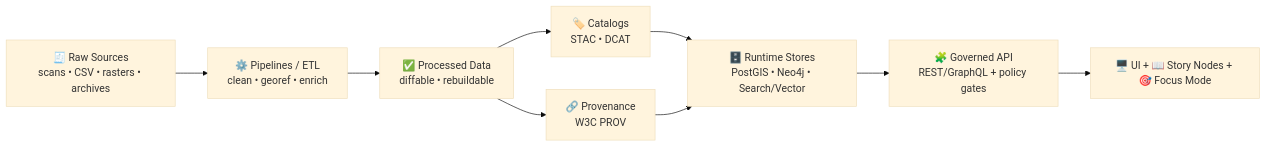
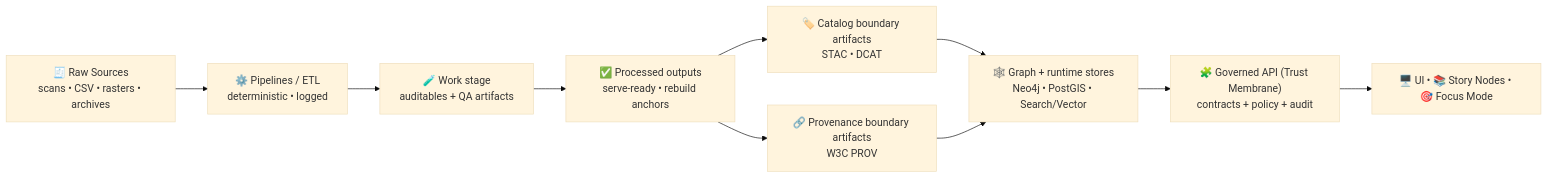
Before and after one commit to bartytime4life/Kansas-Frontier-Matrix: the diagram in docs/README.md, drawn with Mermaid (base theme). The commit also changed other lines of this file, not shown here.

````diff
--- a/docs/README.md
+++ b/docs/README.md
@@ -84,11 +98,12 @@
 ```mermaid
 flowchart LR
-  A["🧾 Raw Sources<br/>scans • CSV • rasters • archives"] --> B["⚙️ Pipelines / ETL<br/>clean • georef • enrich"]
-  B --> C["✅ Processed Data<br/>diffable • rebuildable"]
-  C --> D["🏷️ Catalogs<br/>STAC • DCAT"]
-  C --> E["🔗 Provenance<br/>W3C PROV"]
-  D --> F["🗄️ Runtime Stores<br/>PostGIS • Neo4j • Search/Vector"]
-  E --> F
-  F --> G["🧩 Governed API<br/>REST/GraphQL + policy gates"]
-  G --> H["🖥️ UI + 📖 Story Nodes + 🎯 Focus Mode"]
+  A["🧾 Raw Sources<br/>scans • CSV • rasters • archives"] --> B["⚙️ Pipelines / ETL<br/>deterministic • logged"]
+  B --> W["🧪 Work stage<br/>auditables + QA artifacts"]
+  W --> C["✅ Processed outputs<br/>serve-ready • rebuild anchors"]
+  C --> D["🏷️ Catalog boundary artifacts<br/>STAC • DCAT"]
+  C --> E["🔗 Provenance boundary artifacts<br/>W3C PROV"]
+  D --> G["🕸️ Graph + runtime stores<br/>Neo4j • PostGIS • Search/Vector"]
+  E --> G
+  G --> H["🧩 Governed API (Trust Membrane)<br/>contracts + policy + audit"]
+  H --> I["🖥️ UI • 📚 Story Nodes • 🎯 Focus Mode"]
 ```
````
